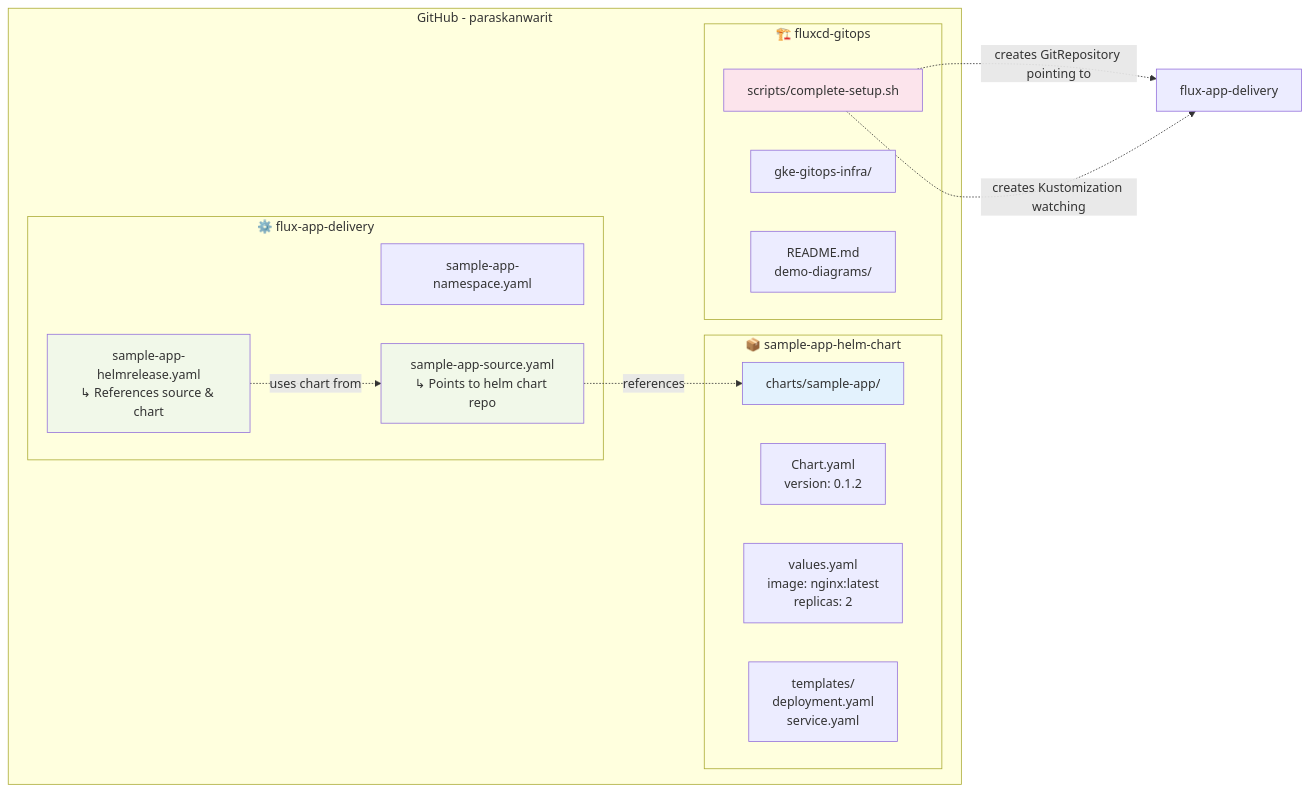
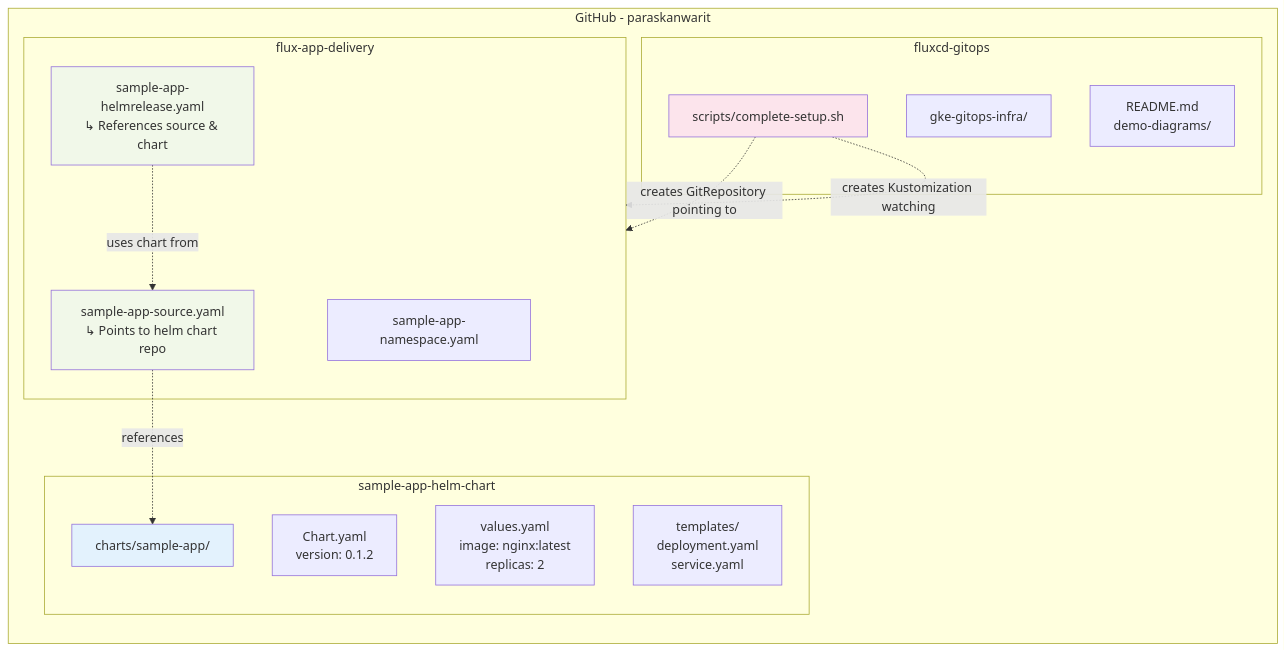
Before and after one commit to paraskanwarit/fluxcd-gitops: the second of 4 diagrams in demo-diagrams/gitops-workflow.md, drawn with Mermaid. The commit also changed other lines of this file and 4 other files, not shown here.

````diff
--- a/demo-diagrams/gitops-workflow.md
+++ b/demo-diagrams/gitops-workflow.md
@@ -42,33 +42,33 @@
 ```mermaid
 graph LR
     subgraph "GitHub - paraskanwarit"
-        subgraph "📦 sample-app-helm-chart"
+        subgraph "sample-app-helm-chart"
             CHART_DIR[charts/sample-app/]
             CHART_YAML[Chart.yaml<br/>version: 0.1.2]
             VALUES_YAML[values.yaml<br/>image: nginx:latest<br/>replicas: 2]
             TEMPLATES[templates/<br/>deployment.yaml<br/>service.yaml]
         end
         
-        subgraph "⚙️ flux-app-delivery"
+        subgraph "flux-app-delivery"
             NAMESPACE_YAML[sample-app-namespace.yaml]
             SOURCE_YAML[sample-app-source.yaml<br/>↳ Points to helm chart repo]
             HELMRELEASE_YAML[sample-app-helmrelease.yaml<br/>↳ References source & chart]
         end
         
-        subgraph "🏗️ fluxcd-gitops"
+        subgraph "fluxcd-gitops"
             SETUP_SCRIPT[scripts/complete-setup.sh]
             TERRAFORM[gke-gitops-infra/]
             DOCS[README.md<br/>demo-diagrams/]
         end
     end
     
     SOURCE_YAML -.->|references| CHART_DIR
     HELMRELEASE_YAML -.->|uses chart from| SOURCE_YAML
     SETUP_SCRIPT -.->|creates GitRepository pointing to| flux-app-delivery
     SETUP_SCRIPT -.->|creates Kustomization watching| flux-app-delivery
     
     style CHART_DIR fill:#e3f2fd
     style SOURCE_YAML fill:#f1f8e9
     style HELMRELEASE_YAML fill:#f1f8e9
     style SETUP_SCRIPT fill:#fce4ec
 ```
````
